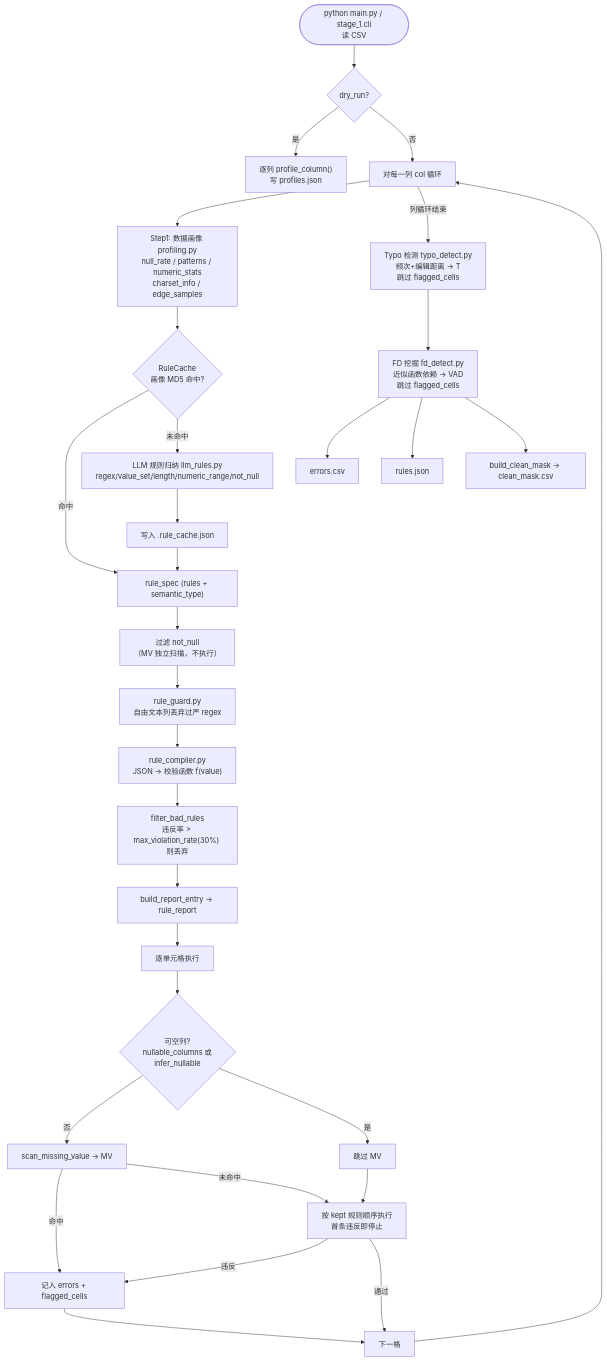
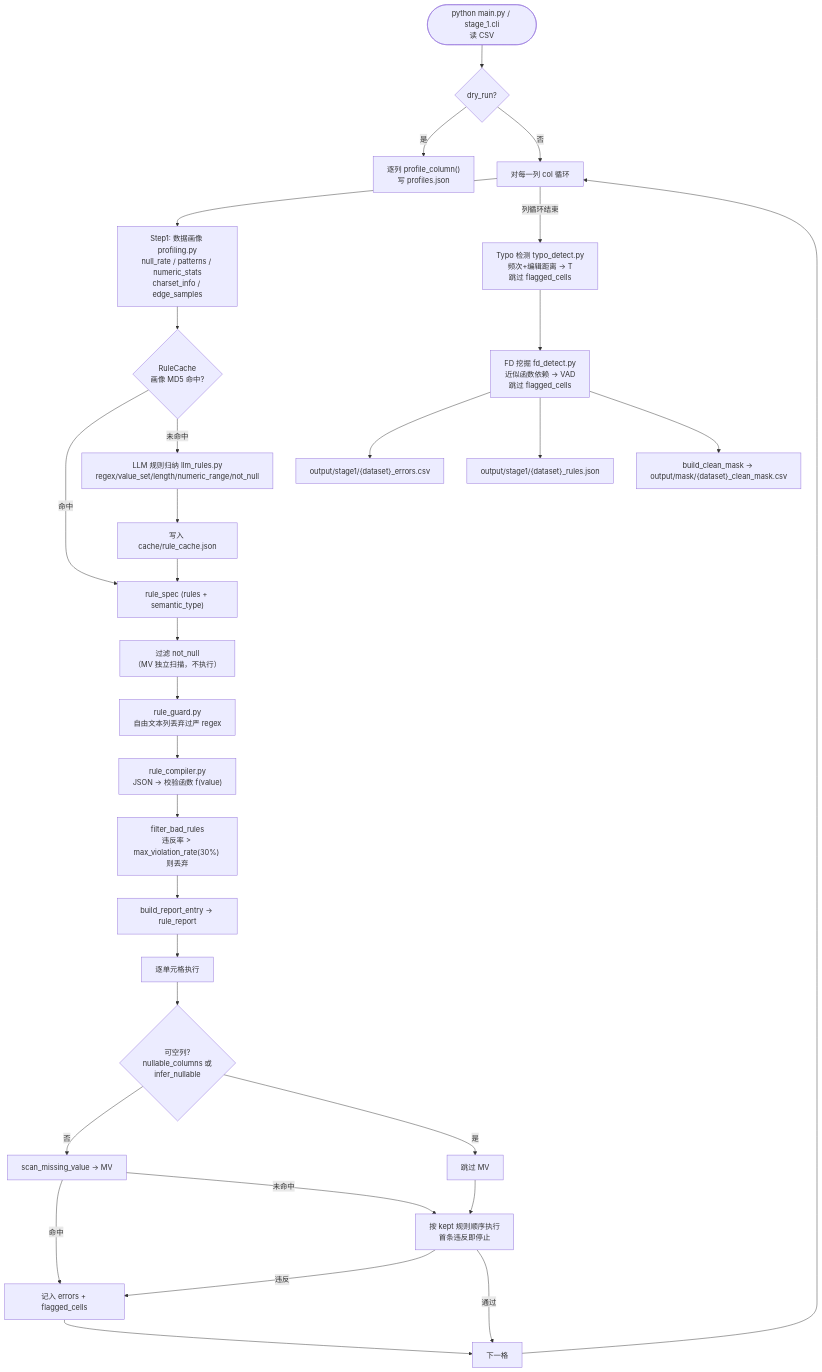
Before and after one commit to 1993371829/error_detect: the third of 8 diagrams in PIPELINE.md, drawn with Mermaid. The commit also changed other lines of this file and 30 other files, not shown here.

````diff
--- a/PIPELINE.md
+++ b/PIPELINE.md
@@ -243,39 +243,39 @@
 ```mermaid
 flowchart TD
     START(["python main.py / stage_1.cli<br/>读 CSV"]) --> DRY{dry_run?}
 
     DRY -->|是| PROF_ONLY["逐列 profile_column()<br/>写 profiles.json"]
     DRY -->|否| LOOP_COL["对每一列 col 循环"]
 
     LOOP_COL --> P1["Step1: 数据画像 profiling.py<br/>null_rate / patterns / numeric_stats<br/>charset_info / edge_samples"]
 
     P1 --> CACHE{RuleCache<br/>画像 MD5 命中?}
     CACHE -->|命中| RULES["rule_spec (rules + semantic_type)"]
     CACHE -->|未命中| LLM1["LLM 规则归纳 llm_rules.py<br/>regex/value_set/length/numeric_range/not_null"]
-    LLM1 --> SAVE_CACHE["写入 .rule_cache.json"]
+    LLM1 --> SAVE_CACHE["写入 cache/rule_cache.json"]
     SAVE_CACHE --> RULES
 
     RULES --> FILTER1["过滤 not_null<br/>（MV 独立扫描，不执行）"]
     FILTER1 --> GUARD["rule_guard.py<br/>自由文本列丢弃过严 regex"]
     GUARD --> COMPILE["rule_compiler.py<br/>JSON → 校验函数 f(value)"]
     COMPILE --> FILTER2["filter_bad_rules<br/>违反率 > max_violation_rate(30%) 则丢弃"]
     FILTER2 --> REPORT["build_report_entry → rule_report"]
 
     REPORT --> CELL_LOOP["逐单元格执行"]
     CELL_LOOP --> NULLABLE{可空列?<br/>nullable_columns 或<br/>infer_nullable}
     NULLABLE -->|否| MV["scan_missing_value → MV"]
     NULLABLE -->|是| SKIP_MV["跳过 MV"]
     MV -->|命中| FLAG1["记入 errors + flagged_cells"]
     MV -->|未命中| RULE_EXEC["按 kept 规则顺序执行<br/>首条违反即停止"]
     SKIP_MV --> RULE_EXEC
     RULE_EXEC -->|违反| FLAG1
     RULE_EXEC -->|通过| NEXT_CELL["下一格"]
     FLAG1 --> NEXT_CELL
     NEXT_CELL --> LOOP_COL
 
     LOOP_COL -->|列循环结束| TYPO["Typo 检测 typo_detect.py<br/>频次+编辑距离 → T<br/>跳过 flagged_cells"]
     TYPO --> FD["FD 挖掘 fd_detect.py<br/>近似函数依赖 → VAD<br/>跳过 flagged_cells"]
-    FD --> OUT1["errors.csv"]
-    FD --> OUT2["rules.json"]
-    FD --> OUT3["build_clean_mask → clean_mask.csv"]
+    FD --> OUT1["output/stage1/{dataset}_errors.csv"]
+    FD --> OUT2["output/stage1/{dataset}_rules.json"]
+    FD --> OUT3["build_clean_mask → output/mask/{dataset}_clean_mask.csv"]
 ```
````
